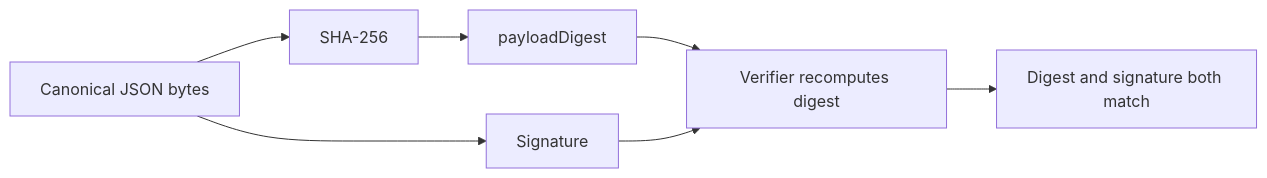
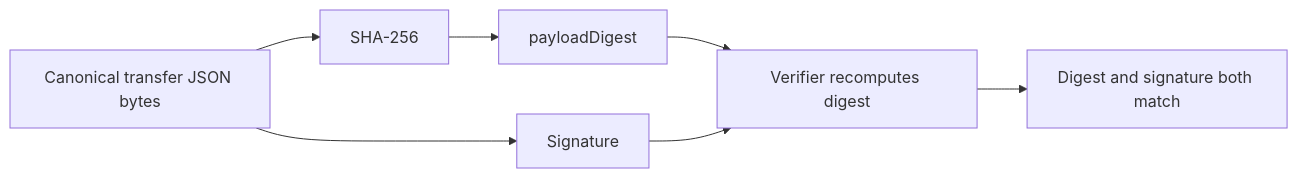
The diagram in docs/education/37-payload-digest.md (matthewlovestocode/peer-hours), drawn with Mermaid before and after one commit. The commit also changed other lines of this file and 62 other files, not shown here.

````diff
--- a/docs/education/37-payload-digest.md
+++ b/docs/education/37-payload-digest.md
@@ -5,9 +5,9 @@
 ```mermaid
 flowchart LR
-  J["Canonical JSON bytes"] --> H["SHA-256"]
+  J["Canonical transfer JSON bytes"] --> H["SHA-256"]
   H --> D["payloadDigest"]
   J --> S["Signature"]
   D --> V["Verifier recomputes digest"]
   S --> V
   V --> O["Digest and signature both match"]
 ```
````
